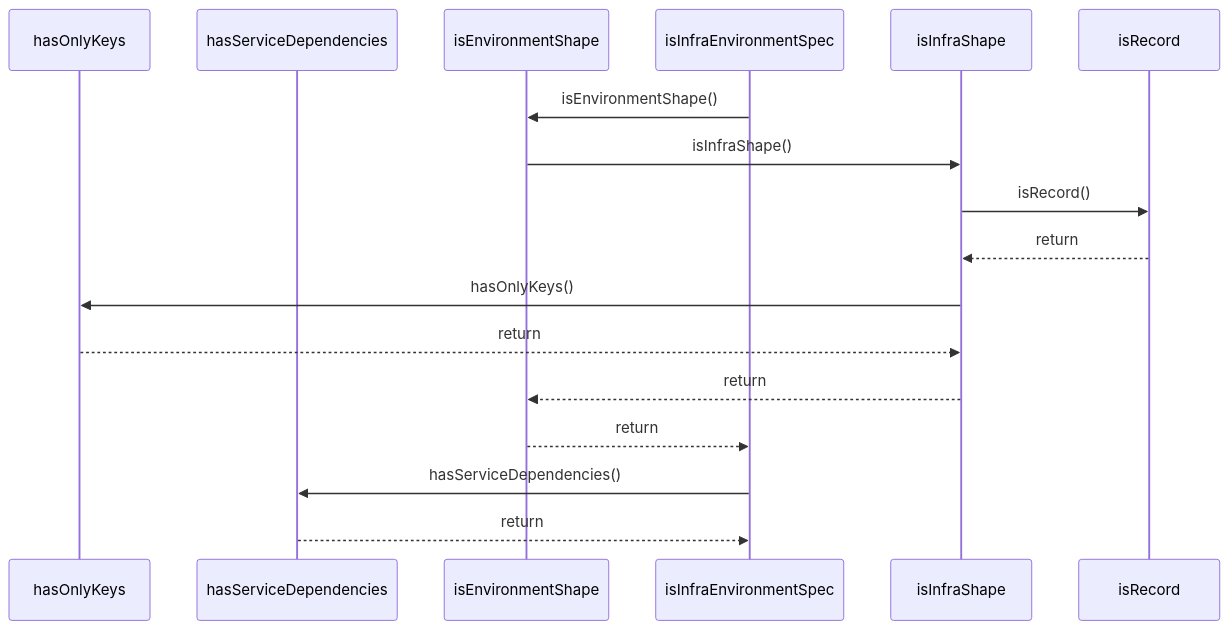
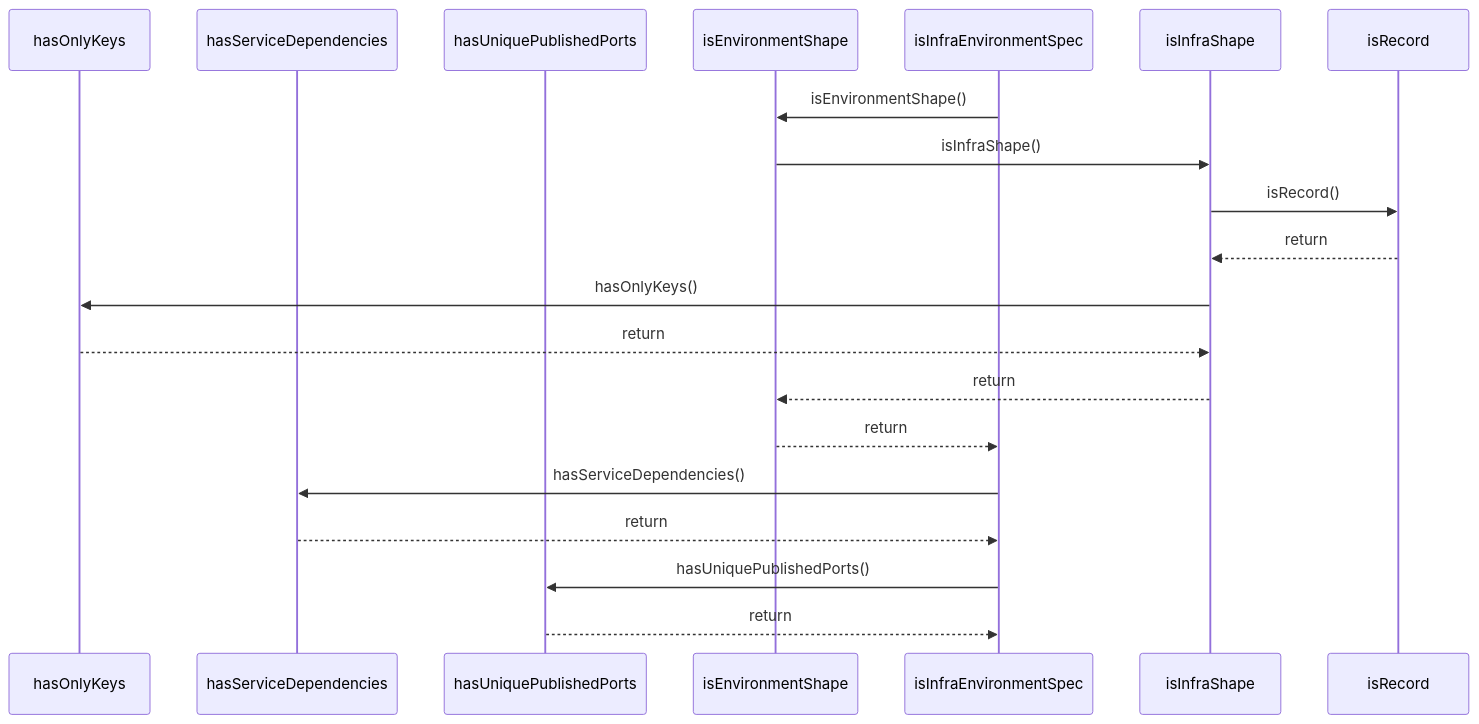
Before and after one commit to ankhorage/contracts: the diagram in paradox/diagrams/sequences/is-infra-environment-spec.mmd, drawn with Mermaid. The commit also changed 14 other files, not shown here.

Commit message:
feat: add published workload ports (#212)

```diff
--- a/paradox/diagrams/sequences/is-infra-environment-spec.mmd
+++ b/paradox/diagrams/sequences/is-infra-environment-spec.mmd
@@ -1,17 +1,20 @@
 sequenceDiagram
   participant participant_hasOnlyKeys as hasOnlyKeys
   participant participant_hasServiceDependencies as hasServiceDependencies
+  participant participant_hasUniquePublishedPorts as hasUniquePublishedPorts
   participant participant_isEnvironmentShape as isEnvironmentShape
   participant participant_isInfraEnvironmentSpec as isInfraEnvironmentSpec
   participant participant_isInfraShape as isInfraShape
   participant participant_isRecord as isRecord
   participant_isInfraEnvironmentSpec->>participant_isEnvironmentShape: isEnvironmentShape()
   participant_isEnvironmentShape->>participant_isInfraShape: isInfraShape()
   participant_isInfraShape->>participant_isRecord: isRecord()
   participant_isRecord-->>participant_isInfraShape: return
   participant_isInfraShape->>participant_hasOnlyKeys: hasOnlyKeys()
   participant_hasOnlyKeys-->>participant_isInfraShape: return
   participant_isInfraShape-->>participant_isEnvironmentShape: return
   participant_isEnvironmentShape-->>participant_isInfraEnvironmentSpec: return
   participant_isInfraEnvironmentSpec->>participant_hasServiceDependencies: hasServiceDependencies()
   participant_hasServiceDependencies-->>participant_isInfraEnvironmentSpec: return
+  participant_isInfraEnvironmentSpec->>participant_hasUniquePublishedPorts: hasUniquePublishedPorts()
+  participant_hasUniquePublishedPorts-->>participant_isInfraEnvironmentSpec: return
```
